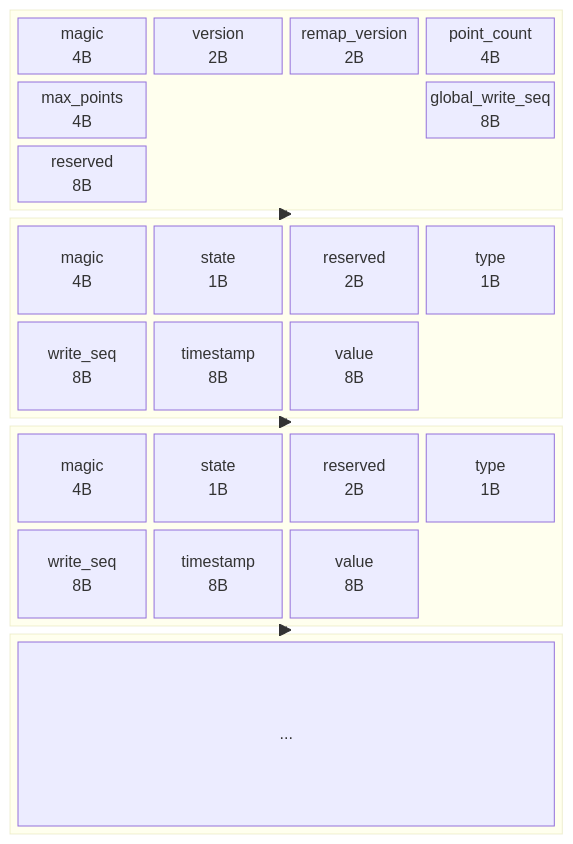
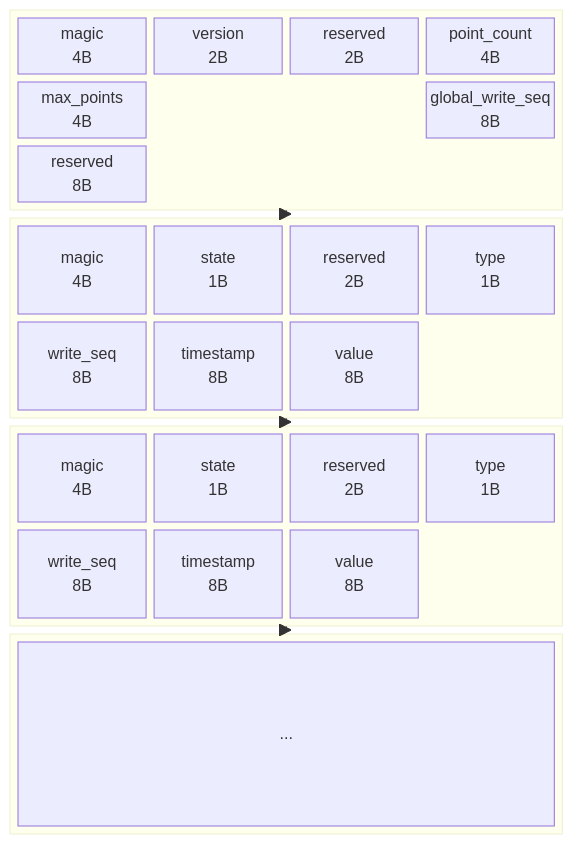
One commit to activesys/c4 changed the third of 6 diagrams in docs/design/c4_architecture.md. Above: the diagram before and after it, drawn with Mermaid. The commit also changed other lines of this file and 18 other files, not shown here.

First line of the commit message:
refactor: replace pause/resume with stop/start; rename remap_version to reserved

````diff
--- a/docs/design/c4_architecture.md
+++ b/docs/design/c4_architecture.md
@@ -194,43 +194,43 @@
 ```mermaid
 block-beta
     columns 1
     block:Header
         columns 4
         h_magic["magic\n4B"]
         h_ver["version\n2B"]
-        h_rver["remap_version\n2B"]
+        h_rver["reserved\n2B"]
         h_pc["point_count\n4B"]
         h_mp["max_points\n4B"]
         space
         space
         h_wseq["global_write_seq\n8B"]
         h_resv["reserved\n8B"]
     end
     block:Block1
         columns 4
         b1_m["magic\n4B"]
         b1_s["state\n1B"]
         b1_r["reserved\n2B"]
         b1_t["type\n1B"]
         b1_w["write_seq\n8B"]
         b1_ts["timestamp\n8B"]
         b1_val["value\n8B"]
     end
     block:Block2
         columns 4
         b2_m["magic\n4B"]
         b2_s["state\n1B"]
         b2_r["reserved\n2B"]
         b2_t["type\n1B"]
         b2_w["write_seq\n8B"]
         b2_ts["timestamp\n8B"]
         b2_val["value\n8B"]
     end
     block:BlockN
         columns 1
         bn["..."]
     end
     Header --> Block1
     Block1 --> Block2
     Block2 --> BlockN
 ```
````
